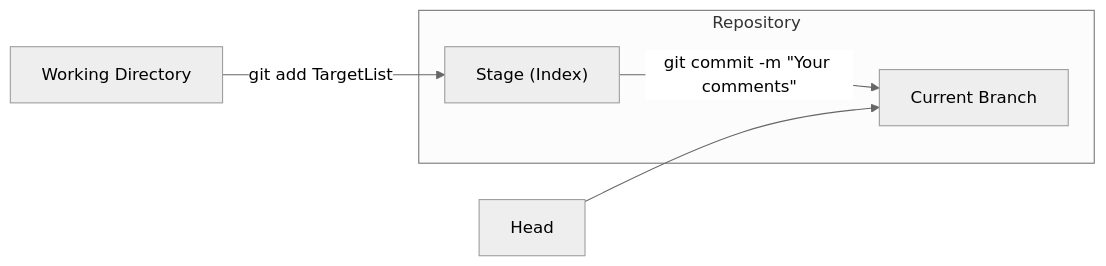
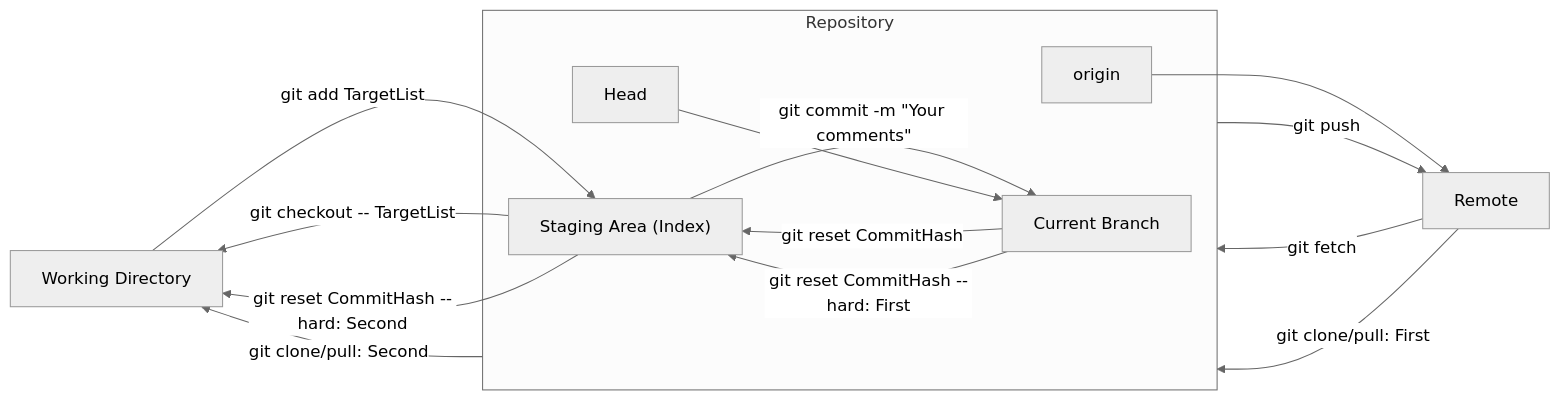
Before and after one commit to 0BananaBig0/from_gcc_to_cpp: the diagram in docs/Git.md, drawn with Mermaid (neutral theme).

````diff
--- a/docs/Git.md
+++ b/docs/Git.md
@@ -75,10 +75,21 @@
 ```mermaid
 flowchart LR
-    A[Working Directory] -->|git add TargetList| B[Stage #40;Index#41;]
+    A[Working Directory] -->|git add TargetList| B[Staging Area #40;Index#41;]
     B -->|git commit -m #quot;Your comments#quot;| C[Current Branch]
     D[Head] --> C
-    subgraph Repository
+    E[origin] --> G[Remote]
+    F --> |git push| G
+    B --> |git checkout -- TargetList| A
+    C --> |git reset CommitHash| B
+    C --> |git reset CommitHash --hard: First| B
+    B --> |git reset CommitHash --hard: Second| A
+    G --> |git fetch| F
+    G --> |git clone/pull: First| F
+    F --> |git clone/pull: Second| A
+    subgraph F[Repository]
         B
         C
+        D
+        E
     end
 ```
````
